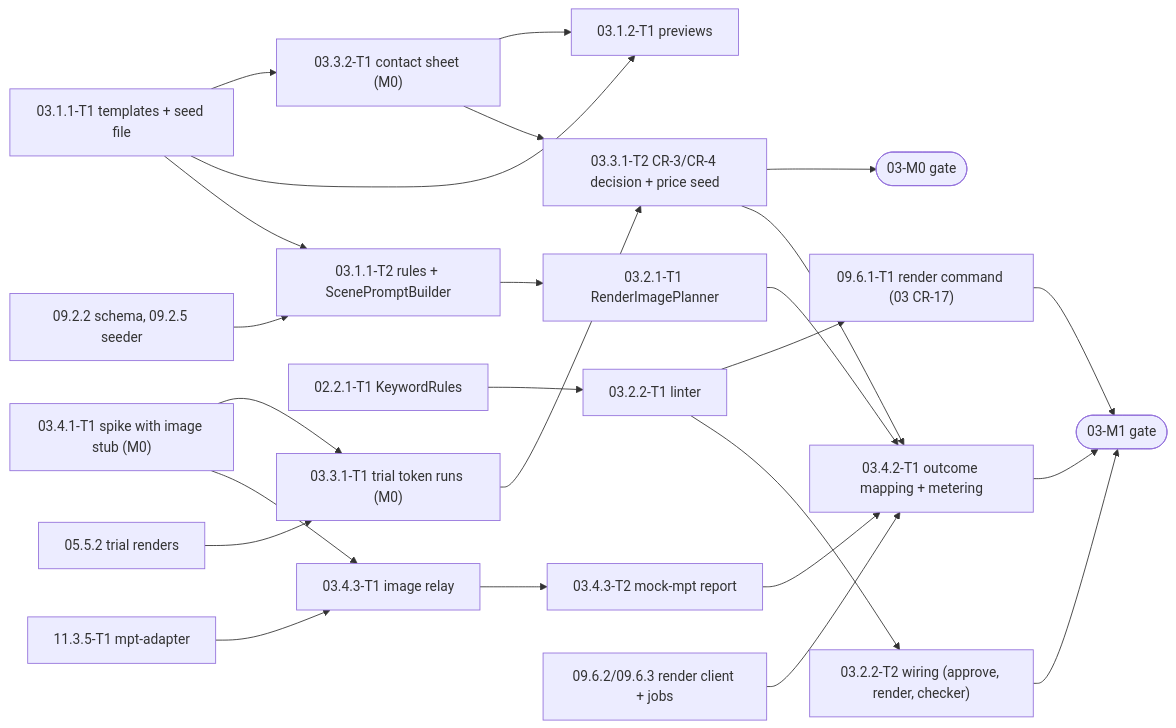
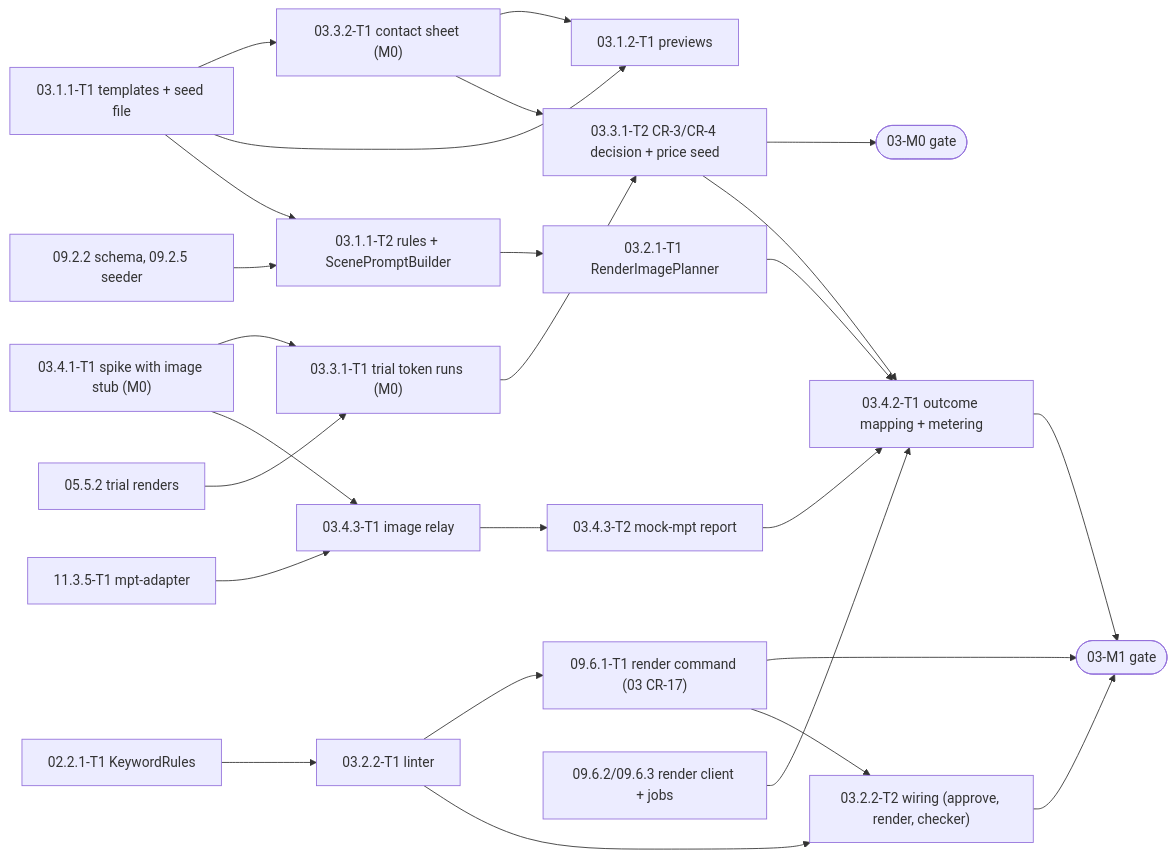
The diagram in plans/features/03-image-generation/README.md (anglesen1120/NightTalesStudio), drawn with Mermaid before and after one commit. The commit also changed other lines of this file and 8 other files, not shown here.

````diff
--- a/plans/features/03-image-generation/README.md
+++ b/plans/features/03-image-generation/README.md
@@ -256,27 +257,28 @@
 ```mermaid
 flowchart LR
   T1["03.1.1-T1 templates + seed file"] --> CS["03.3.2-T1 contact sheet (M0)"]
   T1 --> PV["03.1.2-T1 previews"]
   CS --> PV
   SP["03.4.1-T1 spike with image stub (M0)"] --> TR["03.3.1-T1 trial token runs (M0)"]
   R05["05.5.2 trial renders"] --> TR
   CS --> DEC["03.3.1-T2 CR-3/CR-4 decision + price seed"]
   TR --> DEC
   DEC --> M0([03-M0 gate])
   S09["09.2.2 schema, 09.2.5 seeder"] --> T2["03.1.1-T2 rules + ScenePromptBuilder"]
   T1 --> T2
   T2 --> BUD["03.2.1-T1 RenderImagePlanner"]
   K02["02.2.1-T1 KeywordRules"] --> LIN["03.2.2-T1 linter"]
   LIN --> R091["09.6.1-T1 render command (03 CR-17)"]
-  R091 --> M1
+  R091 --> M1(["03-M1 gate"])
   LIN --> WIR["03.2.2-T2 wiring (approve, render, checker)"]
+  R091 --> WIR
   SP --> RL["03.4.3-T1 image relay"]
   A11["11.3.5-T1 mpt-adapter"] --> RL
   RL --> MK["03.4.3-T2 mock-mpt report"]
   BUD --> MAP["03.4.2-T1 outcome mapping + metering"]
   MK --> MAP
   R09["09.6.2/09.6.3 render client + jobs"] --> MAP
   DEC --> MAP
-  MAP --> M1([03-M1 gate])
+  MAP --> M1
   WIR --> M1
 ```
````
